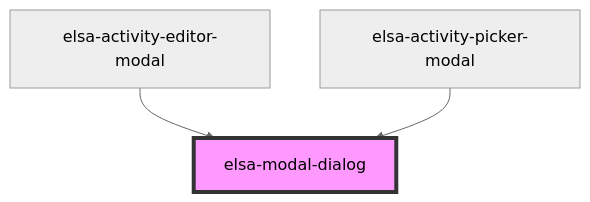
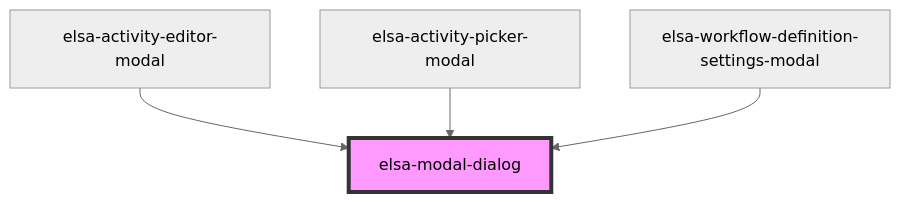
The diagram in src/designer/elsa-workflows-studio/src/components/shared/elsa-modal-dialog/readme.md (elsa-workflows/elsa-core), drawn with Mermaid (neutral theme) before and after one commit. The commit also changed other lines of this file and 22 other files, not shown here.

````diff
--- a/src/designer/elsa-workflows-studio/src/components/shared/elsa-modal-dialog/readme.md
+++ b/src/designer/elsa-workflows-studio/src/components/shared/elsa-modal-dialog/readme.md
@@ -39,6 +40,7 @@
 ```mermaid
 graph TD;
   elsa-activity-editor-modal --> elsa-modal-dialog
   elsa-activity-picker-modal --> elsa-modal-dialog
+  elsa-workflow-definition-settings-modal --> elsa-modal-dialog
   style elsa-modal-dialog fill:#f9f,stroke:#333,stroke-width:4px
 ```
````
